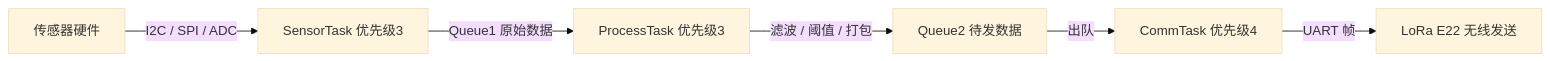
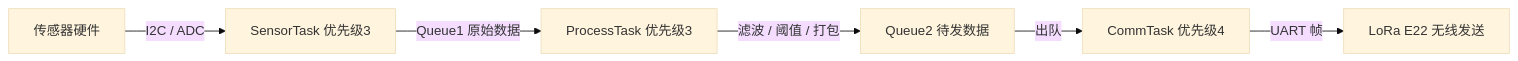
Before and after one commit to lmh666-yes/Second_Project_Demo: the diagram in S_N_sys/Project_1_检测端/检测数据端设计.md, drawn with Mermaid (base theme). The commit also changed other lines of this file and 52 other files, not shown here.

````diff
--- a/S_N_sys/Project_1_检测端/检测数据端设计.md
+++ b/S_N_sys/Project_1_检测端/检测数据端设计.md
@@ -76,8 +83,8 @@
 ```mermaid
 flowchart LR
-    A["传感器硬件"] --"I2C / SPI / ADC"--> B["SensorTask 优先级3"]
+    A["传感器硬件"] --"I2C / ADC"--> B["SensorTask 优先级3"]
     B --"Queue1 原始数据"--> C["ProcessTask 优先级3"]
     C --"滤波 / 阈值 / 打包"--> D["Queue2 待发数据"]
     D --"出队"--> E["CommTask 优先级4"]
     E --"UART 帧"--> F["LoRa E22 无线发送"]
 ```
````
